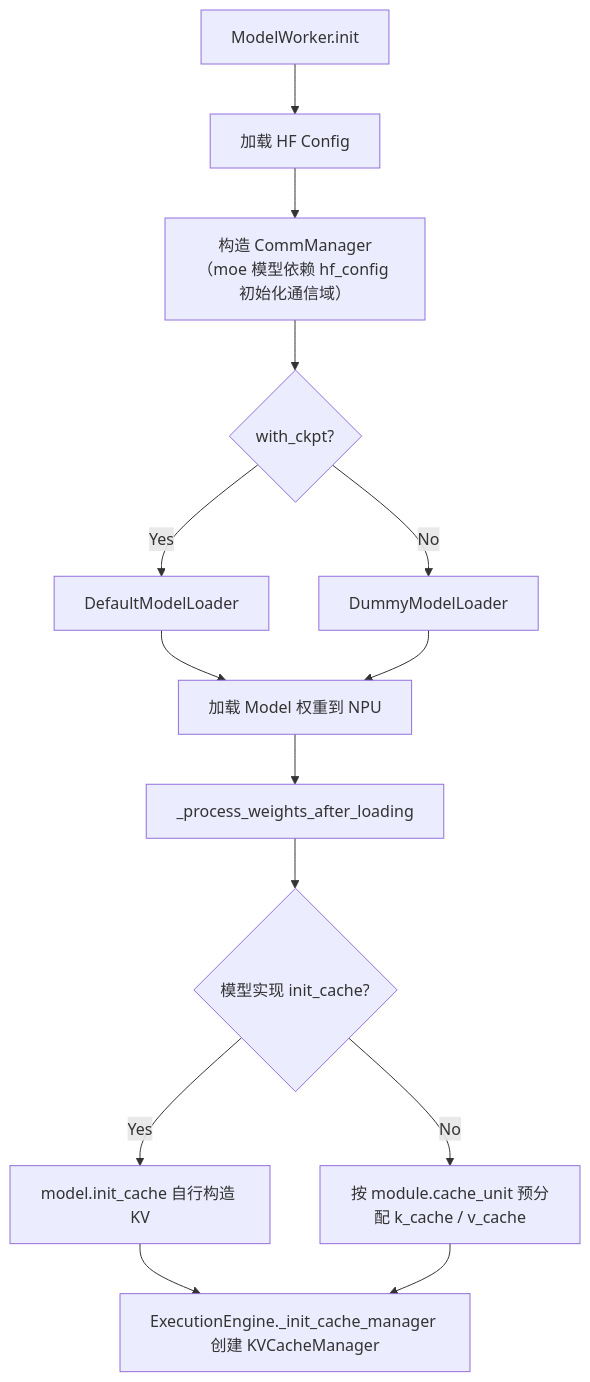
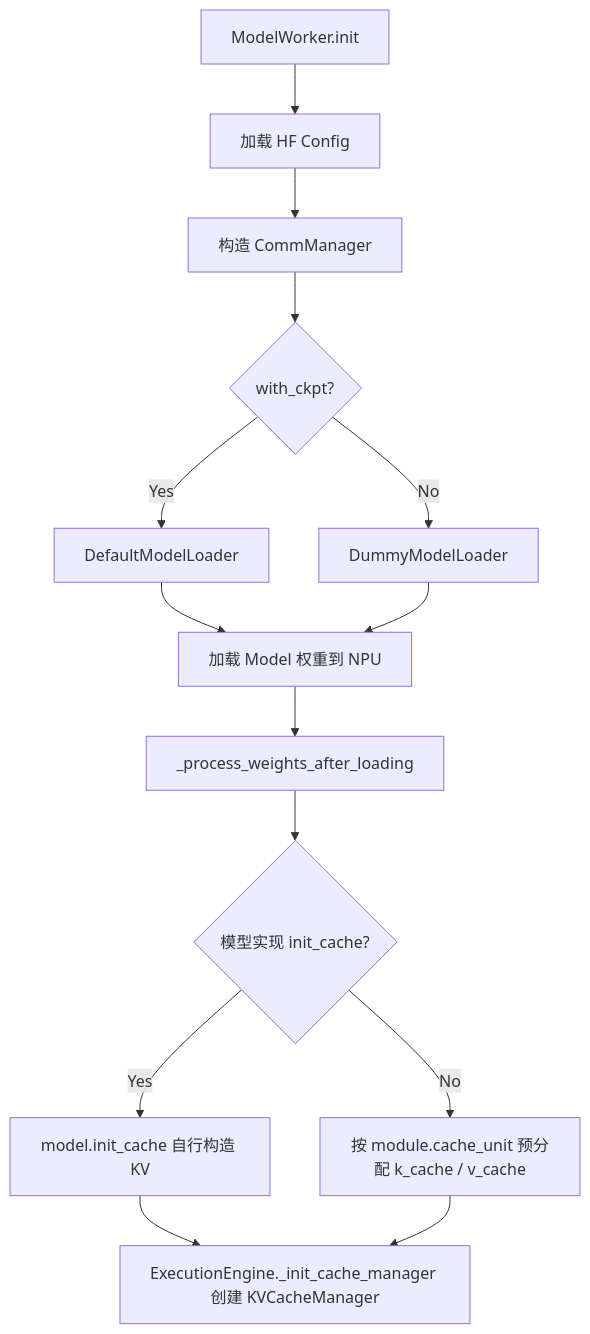
The second of 4 diagrams in docs/design/executor_design.md (hicann/cann-recipes-infer), drawn with Mermaid before and after one commit. The commit also changed other lines of this file and 33 other files, not shown here.

First line of the commit message:
[Refactor] comm_manager refactor

````diff
--- a/docs/design/executor_design.md
+++ b/docs/design/executor_design.md
@@ -148,16 +150,16 @@
 ```mermaid
 flowchart TB
     A[ModelWorker.init] --> E[加载 HF Config]
-    E --> H[构造 CommManager（moe 模型依赖 hf_config 初始化通信域）]
+    E --> H[构造 CommManager]
     H --> B{with_ckpt?}
     B -->|Yes| C[DefaultModelLoader]
     B -->|No| D[DummyModelLoader]
     C --> F[加载 Model 权重到 NPU]
     D --> F
     F --> G[_process_weights_after_loading]
     G --> I{模型实现 init_cache?}
     I -->|Yes| J[model.init_cache 自行构造 KV]
     I -->|No| K[按 module.cache_unit 预分配 k_cache / v_cache]
     J --> L[ExecutionEngine._init_cache_manager 创建 KVCacheManager]
     K --> L
 ```
````
